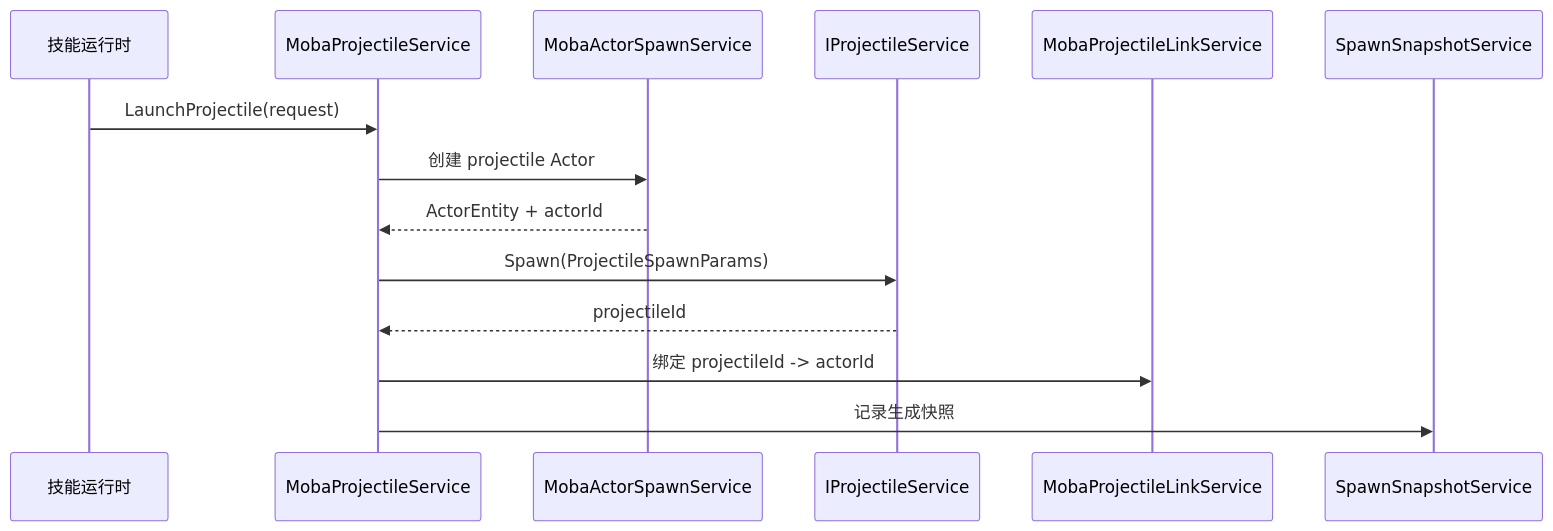
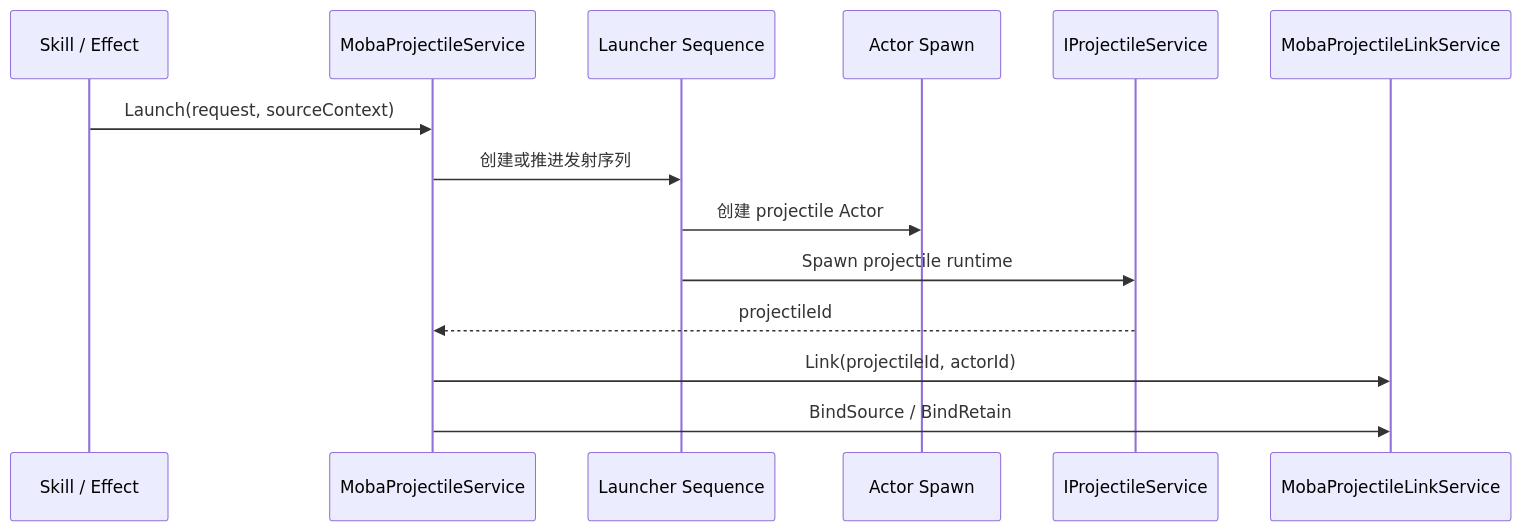
One commit to Kurumioi/AbilityKit changed the third of 4 diagrams in Docs/design/09-ImplementationExamples/MOBA/03-BuffProjectileDamage.md. Above: the diagram before and after it, drawn with Mermaid. The commit also changed other lines of this file and 118 other files, not shown here.

````diff
--- a/Docs/design/09-ImplementationExamples/MOBA/03-BuffProjectileDamage.md
+++ b/Docs/design/09-ImplementationExamples/MOBA/03-BuffProjectileDamage.md
@@ -56,17 +95,17 @@
 ```mermaid
 sequenceDiagram
-    participant Skill as 技能运行时
-    participant MobaProj as MobaProjectileService
-    participant Spawn as MobaActorSpawnService
-    participant CoreProj as IProjectileService
-    participant LinkSvc as MobaProjectileLinkService
-    participant Snapshot as SpawnSnapshotService
+    participant Skill as Skill / Effect
+    participant Service as MobaProjectileService
+    participant Launcher as Launcher Sequence
+    participant Spawn as Actor Spawn
+    participant Core as IProjectileService
+    participant ProjectileLinks as MobaProjectileLinkService
 
-    Skill->>MobaProj: LaunchProjectile(request)
-    MobaProj->>Spawn: 创建 projectile Actor
-    Spawn-->>MobaProj: ActorEntity + actorId
-    MobaProj->>CoreProj: Spawn(ProjectileSpawnParams)
-    CoreProj-->>MobaProj: projectileId
-    MobaProj->>LinkSvc: 绑定 projectileId -> actorId
-    MobaProj->>Snapshot: 记录生成快照
+    Skill->>Service: Launch(request, sourceContext)
+    Service->>Launcher: 创建或推进发射序列
+    Launcher->>Spawn: 创建 projectile Actor
+    Launcher->>Core: Spawn projectile runtime
+    Core-->>Service: projectileId
+    Service->>ProjectileLinks: Link(projectileId, actorId)
+    Service->>ProjectileLinks: BindSource / BindRetain
 ```
````
